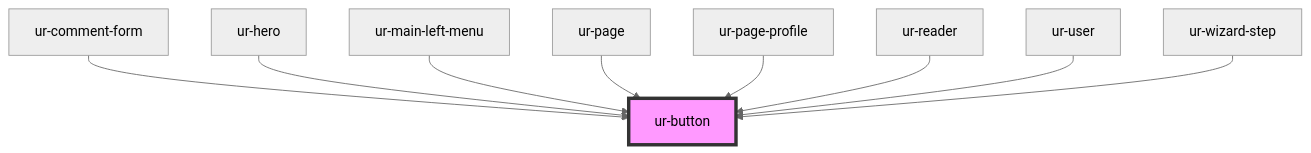
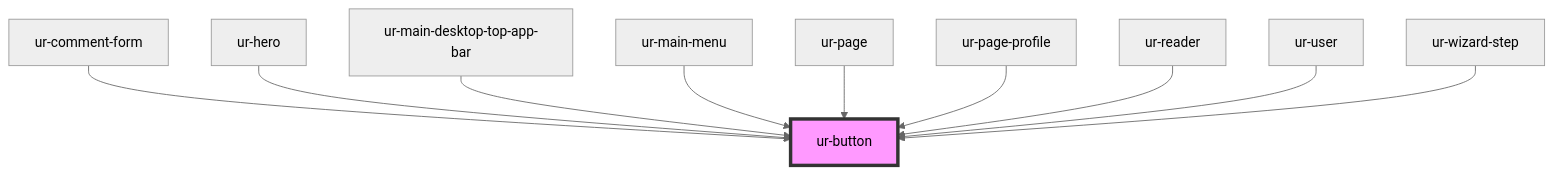
The diagram in src/components/ur-button/readme.md (hellish/urnovl-web-components), drawn with Mermaid (neutral theme) before and after one commit. The commit also changed other lines of this file and 10 other files, not shown here.

````diff
--- a/src/components/ur-button/readme.md
+++ b/src/components/ur-button/readme.md
@@ -34,12 +38,13 @@
 ```mermaid
 graph TD;
   ur-comment-form --> ur-button
   ur-hero --> ur-button
-  ur-main-left-menu --> ur-button
+  ur-main-desktop-top-app-bar --> ur-button
+  ur-main-menu --> ur-button
   ur-page --> ur-button
   ur-page-profile --> ur-button
   ur-reader --> ur-button
   ur-user --> ur-button
   ur-wizard-step --> ur-button
   style ur-button fill:#f9f,stroke:#333,stroke-width:4px
 ```
````
